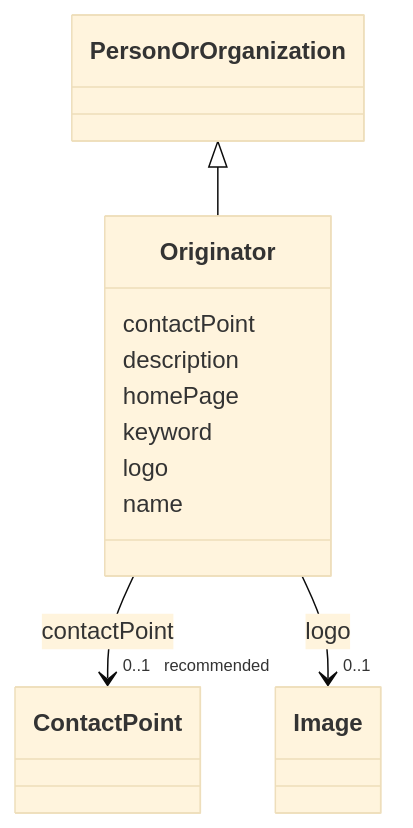
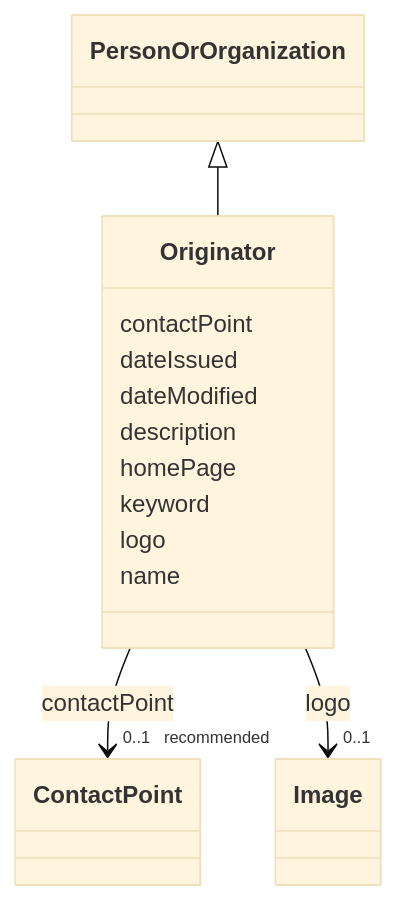
One commit to EVORA-project/evora-ontology changed the diagram in models/docs/Originator.md. Above: the diagram before and after it, drawn with Mermaid (base theme). The commit also changed other lines of this file and 377 other files, not shown here.

````diff
--- a/models/docs/Originator.md
+++ b/models/docs/Originator.md
@@ -19,35 +19,39 @@
 ```mermaid
  classDiagram
     class Originator
     click Originator href "../Originator"
       PersonOrOrganization <|-- Originator
         click PersonOrOrganization href "../PersonOrOrganization"
       
       Originator : contactPoint
         
           
     
     
     Originator --> "0..1 _recommended_" ContactPoint : contactPoint
     click ContactPoint href "../ContactPoint"
 
+        
+      Originator : dateIssued
+        
+      Originator : dateModified
         
       Originator : description
         
       Originator : homePage
         
       Originator : keyword
         
       Originator : logo
         
           
     
     
     Originator --> "0..1" Image : logo
     click Image href "../Image"
 
         
       Originator : name
         
       
 ```
````
